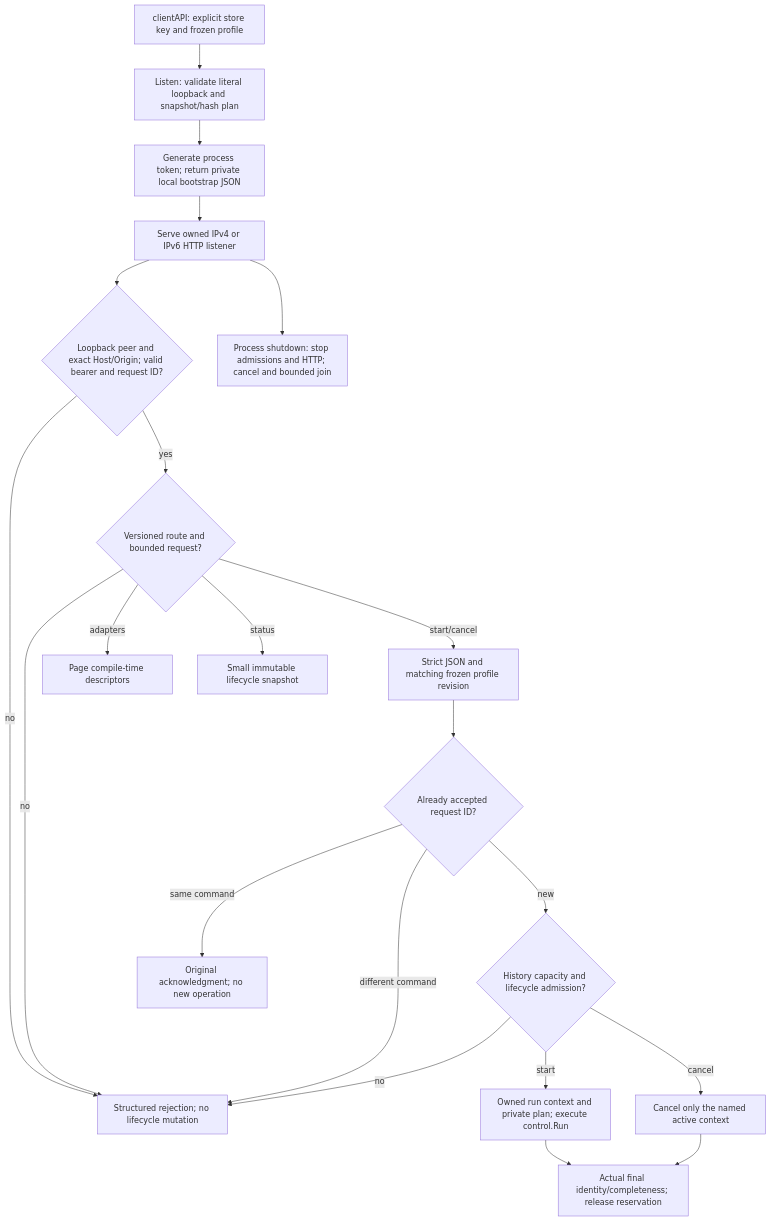
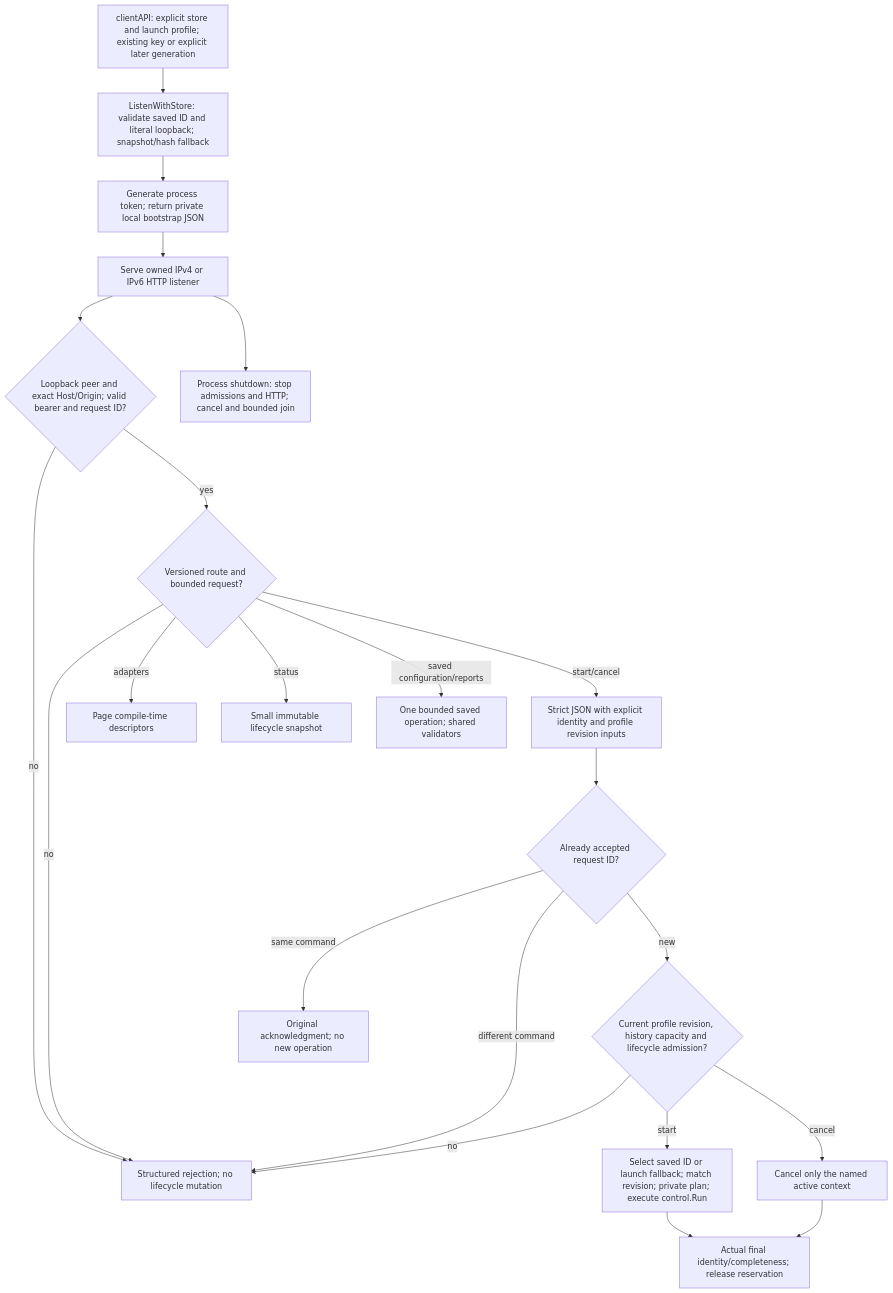
One commit to rashidbestry/sneaky-port changed the second of 17 diagrams in FLOWCHART.md. Above: the diagram before and after it, drawn with Mermaid. The commit also changed other lines of this file and 15 other files, not shown here.

First line of the commit message:
Implement saved profiles and reports management in local API

````diff
--- a/FLOWCHART.md
+++ b/FLOWCHART.md
@@ -35,23 +35,24 @@
 ```mermaid
 flowchart TD
-    A[clientAPI: explicit store key and frozen profile] --> B[Listen: validate literal loopback and snapshot/hash plan]
+    A[clientAPI: explicit store and launch profile; existing key or explicit later generation] --> B[ListenWithStore: validate saved ID and literal loopback; snapshot/hash fallback]
     B --> C[Generate process token; return private local bootstrap JSON]
     C --> D[Serve owned IPv4 or IPv6 HTTP listener]
     D --> E{Loopback peer and exact Host/Origin; valid bearer and request ID?}
     E -->|no| X[Structured rejection; no lifecycle mutation]
     E -->|yes| F{Versioned route and bounded request?}
     F -->|no| X
     F -->|adapters| G[Page compile-time descriptors]
     F -->|status| H[Small immutable lifecycle snapshot]
-    F -->|start/cancel| I[Strict JSON and matching frozen profile revision]
+    F -->|saved configuration/reports| Q[One bounded saved operation; shared validators]
+    F -->|start/cancel| I[Strict JSON with explicit identity and profile revision inputs]
     I --> J{Already accepted request ID?}
     J -->|same command| K[Original acknowledgment; no new operation]
     J -->|different command| X
-    J -->|new| L{History capacity and lifecycle admission?}
+    J -->|new| L{Current profile revision, history capacity and lifecycle admission?}
     L -->|no| X
-    L -->|start| M[Owned run context and private plan; execute control.Run]
+    L -->|start| M[Select saved ID or launch fallback; match revision; private plan; execute control.Run]
     L -->|cancel| N[Cancel only the named active context]
     M --> O[Actual final identity/completeness; release reservation]
     N --> O
     D --> P[Process shutdown: stop admissions and HTTP; cancel and bounded join]
 ```
````
